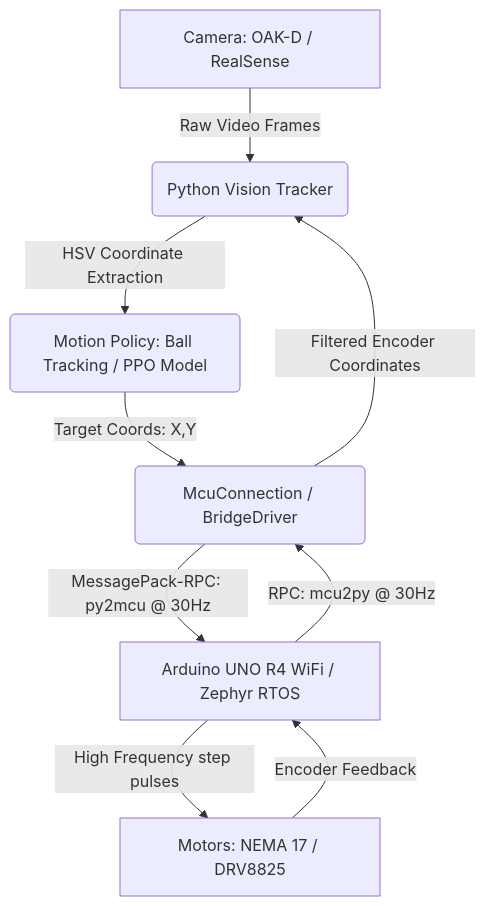
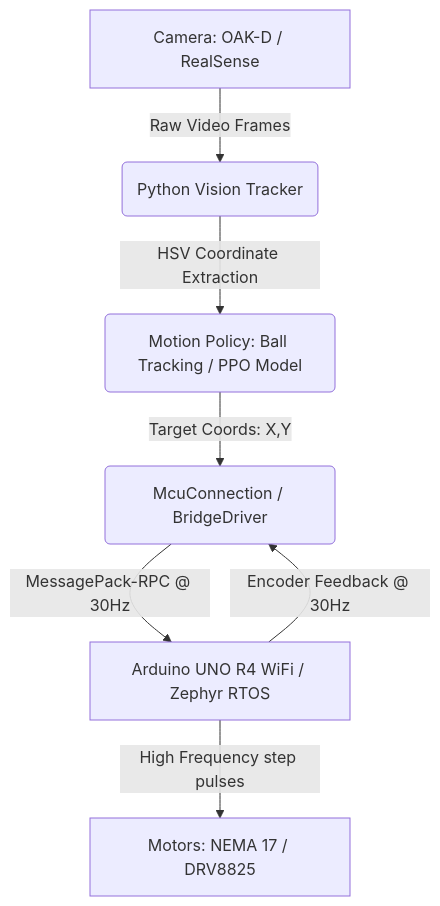
The diagram in README.md (motty-mio2/roboklask), drawn with Mermaid before and after one commit. The commit also changed other lines of this file and 3 other files, not shown here.

````diff
--- a/README.md
+++ b/README.md
@@ -31,11 +40,9 @@
 ```mermaid
 graph TD
     A[Camera: OAK-D / RealSense] -->|Raw Video Frames| B(Python Vision Tracker)
     B -->|HSV Coordinate Extraction| C(Motion Policy: Ball Tracking / PPO Model)
     C -->|Target Coords: X,Y | D(McuConnection / BridgeDriver)
-    D -->|MessagePack-RPC: py2mcu @ 30Hz| E[Arduino UNO R4 WiFi / Zephyr RTOS]
+    D -->|MessagePack-RPC @ 30Hz| E[Arduino UNO R4 WiFi / Zephyr RTOS]
     E -->|High Frequency step pulses| F[Motors: NEMA 17 / DRV8825]
-    F -->|Encoder Feedback| E
-    E -->|RPC: mcu2py @ 30Hz| D
-    D -->|Filtered Encoder Coordinates| B
+    E -->|Encoder Feedback @ 30Hz| D
 ```
````
